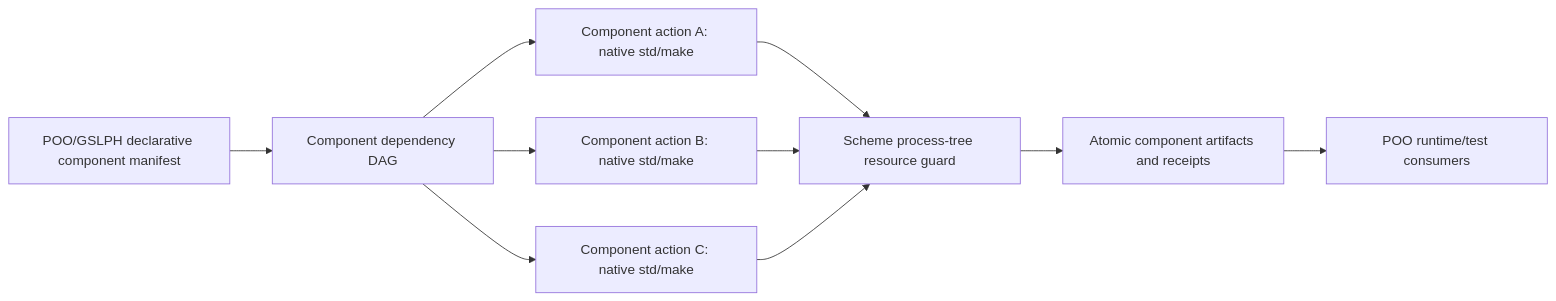
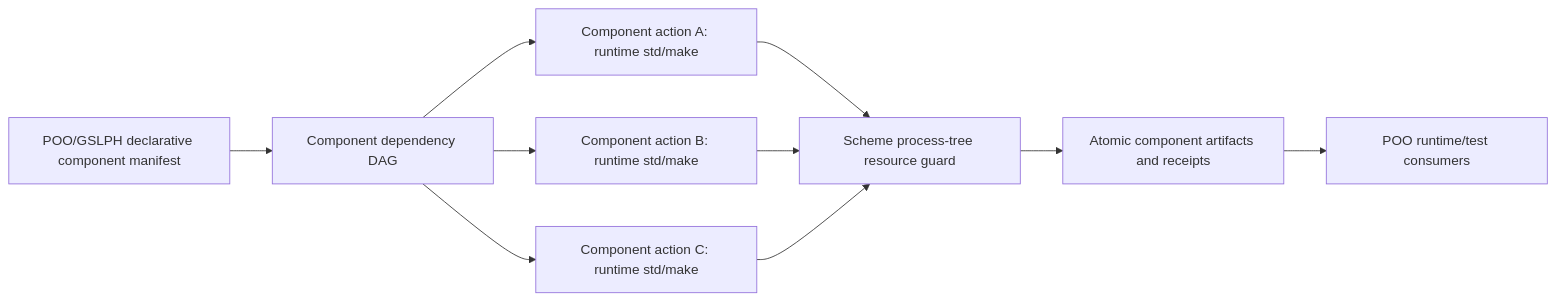
One commit to tao3k/gebril-yuanxu changed the fourth of 20 diagrams in module-system/design/156-gerbil-bazel-pr29-downstream-performance-receipt.org. Above: the diagram before and after it, drawn with Mermaid. The commit also changed other lines of this file and 1469 other files, not shown here.

```diff
--- a/module-system/design/156-gerbil-bazel-pr29-downstream-performance-receipt.org
+++ b/module-system/design/156-gerbil-bazel-pr29-downstream-performance-receipt.org
@@ -225,21 +225,21 @@
 #+begin_src mermaid
 flowchart LR
   Manifest["POO/GSLPH declarative component manifest"]
   DAG["Component dependency DAG"]
-  A["Component action A: native std/make"]
-  B["Component action B: native std/make"]
-  C["Component action C: native std/make"]
+  A["Component action A: runtime std/make"]
+  B["Component action B: runtime std/make"]
+  C["Component action C: runtime std/make"]
   Guard["Scheme process-tree resource guard"]
   Artifacts["Atomic component artifacts and receipts"]
   Consumer["POO runtime/test consumers"]
 
   Manifest --> DAG
   DAG --> A
   DAG --> B
   DAG --> C
   A --> Guard
   B --> Guard
   C --> Guard
   Guard --> Artifacts
   Artifacts --> Consumer
 #+end_src
```
